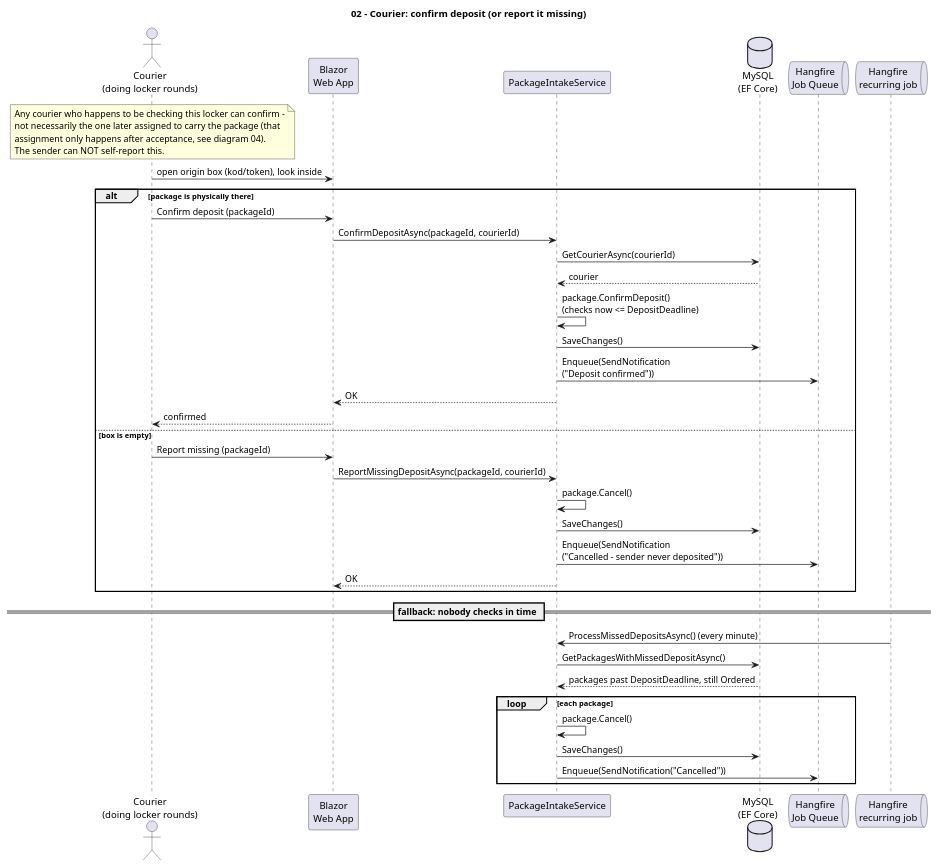
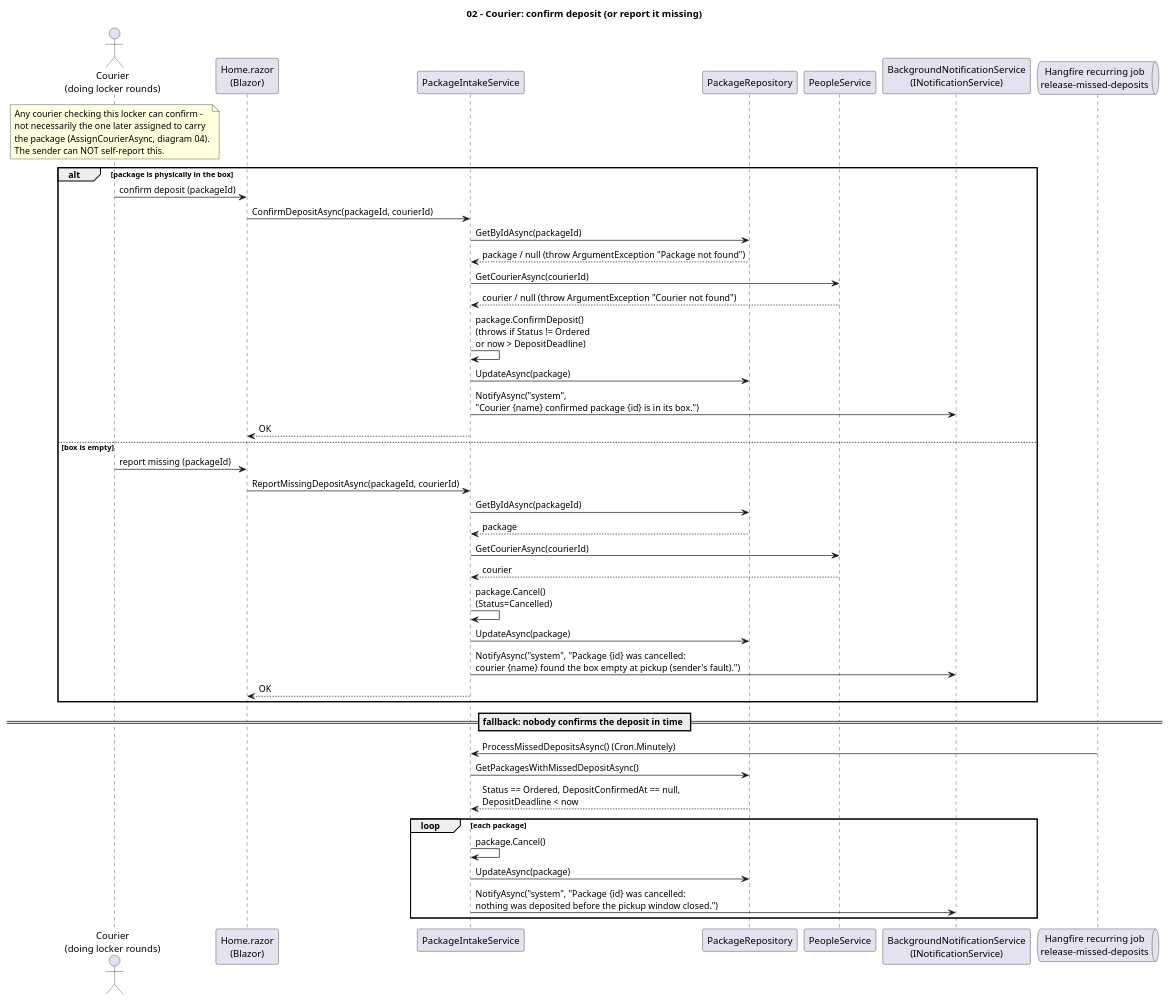
The second of 6 diagrams in krzycha/docs/nowe/sekwencje/sequence-diagrams.puml (AGH-ISI-projects/package-management), drawn with PlantUML before and after one commit. The commit also changed other lines of this file and 20 other files, not shown here.

First line of the commit message:
Diagramy w docs/nowe: tylko klasy i metody istniejące w kodzie

```diff
--- a/krzycha/docs/nowe/sekwencje/sequence-diagrams.puml
+++ b/krzycha/docs/nowe/sekwencje/sequence-diagrams.puml
@@ -105,49 +135,53 @@
 @startuml 02-deposit-confirmation
 title 02 - Courier: confirm deposit (or report it missing)
 
 actor "Courier\n(doing locker rounds)" as Courier
-participant "Blazor\nWeb App" as Web
+participant "Home.razor\n(Blazor)" as Web
 participant "PackageIntakeService" as IntakeSvc
-database "MySQL\n(EF Core)" as DB
-queue "Hangfire\nJob Queue" as Hangfire
+participant "PackageRepository" as PkgRepo
+participant "PeopleService" as People
+participant "BackgroundNotificationService\n(INotificationService)" as Notify
 
 note over Courier
-  Any courier who happens to be checking this locker can confirm -
-  not necessarily the one later assigned to carry the package (that
-  assignment only happens after acceptance, see diagram 04).
+  Any courier checking this locker can confirm -
+  not necessarily the one later assigned to carry
+  the package (AssignCourierAsync, diagram 04).
   The sender can NOT self-report this.
 end note
 
-Courier -> Web: open origin box (kod/token), look inside
-
-alt package is physically there
-    Courier -> Web: Confirm deposit (packageId)
+alt package is physically in the box
+    Courier -> Web: confirm deposit (packageId)
     Web -> IntakeSvc: ConfirmDepositAsync(packageId, courierId)
-    IntakeSvc -> DB: GetCourierAsync(courierId)
-    DB --> IntakeSvc: courier
-    IntakeSvc -> IntakeSvc: package.ConfirmDeposit()\n(checks now <= DepositDeadline)
-    IntakeSvc -> DB: SaveChanges()
-    IntakeSvc -> Hangfire: Enqueue(SendNotification\n("Deposit confirmed"))
+    IntakeSvc -> PkgRepo: GetByIdAsync(packageId)
+    PkgRepo --> IntakeSvc: package / null (throw ArgumentException "Package not found")
+    IntakeSvc -> People: GetCourierAsync(courierId)
+    People --> IntakeSvc: courier / null (throw ArgumentException "Courier not found")
+    IntakeSvc -> IntakeSvc: package.ConfirmDeposit()\n(throws if Status != Ordered\nor now > DepositDeadline)
+    IntakeSvc -> PkgRepo: UpdateAsync(package)
+    IntakeSvc -> Notify: NotifyAsync("system",\n"Courier {name} confirmed package {id} is in its box.")
     IntakeSvc --> Web: OK
-    Web --> Courier: confirmed
 else box is empty
-    Courier -> Web: Report missing (packageId)
+    Courier -> Web: report missing (packageId)
     Web -> IntakeSvc: ReportMissingDepositAsync(packageId, courierId)
-    IntakeSvc -> IntakeSvc: package.Cancel()
-    IntakeSvc -> DB: SaveChanges()
-    IntakeSvc -> Hangfire: Enqueue(SendNotification\n("Cancelled - sender never deposited"))
+    IntakeSvc -> PkgRepo: GetByIdAsync(packageId)
+    PkgRepo --> IntakeSvc: package
+    IntakeSvc -> People: GetCourierAsync(courierId)
+    People --> IntakeSvc: courier
+    IntakeSvc -> IntakeSvc: package.Cancel()\n(Status=Cancelled)
+    IntakeSvc -> PkgRepo: UpdateAsync(package)
+    IntakeSvc -> Notify: NotifyAsync("system", "Package {id} was cancelled:\ncourier {name} found the box empty at pickup (sender's fault).")
     IntakeSvc --> Web: OK
 end
 
-== fallback: nobody checks in time ==
-queue "Hangfire\nrecurring job" as Recurring
-Recurring -> IntakeSvc: ProcessMissedDepositsAsync() (every minute)
-IntakeSvc -> DB: GetPackagesWithMissedDepositAsync()
-DB --> IntakeSvc: packages past DepositDeadline, still Ordered
+== fallback: nobody confirms the deposit in time ==
+queue "Hangfire recurring job\nrelease-missed-deposits" as Recurring
+Recurring -> IntakeSvc: ProcessMissedDepositsAsync() (Cron.Minutely)
+IntakeSvc -> PkgRepo: GetPackagesWithMissedDepositAsync()
+PkgRepo --> IntakeSvc: Status == Ordered, DepositConfirmedAt == null,\nDepositDeadline < now
 loop each package
     IntakeSvc -> IntakeSvc: package.Cancel()
-    IntakeSvc -> DB: SaveChanges()
-    IntakeSvc -> Hangfire: Enqueue(SendNotification("Cancelled"))
+    IntakeSvc -> PkgRepo: UpdateAsync(package)
+    IntakeSvc -> Notify: NotifyAsync("system", "Package {id} was cancelled:\nnothing was deposited before the pickup window closed.")
 end
 
 @enduml
```
